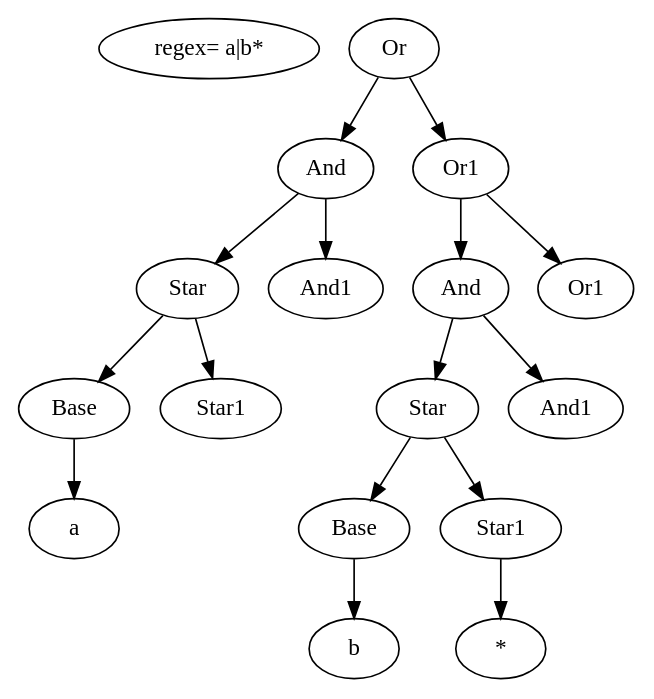
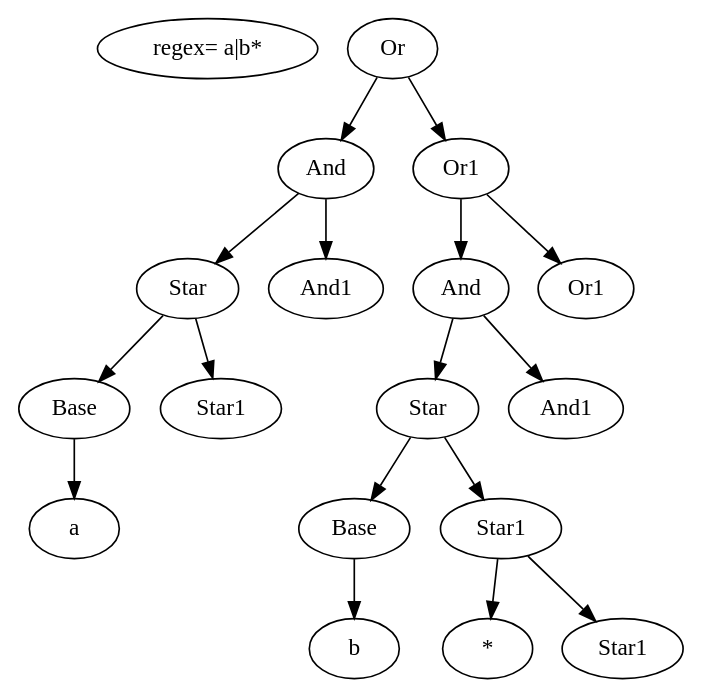
The diagram in parsing/recursive-parsing/dot/graph-3011971.gv (mokaruuns/education_itmo), drawn with Graphviz before and after one commit. The commit also changed 15 other files, not shown here.

```diff
--- a/parsing/recursive-parsing/dot/graph-3011971.gv
+++ b/parsing/recursive-parsing/dot/graph-3011971.gv
@@ -1,34 +1,36 @@
 digraph G {
 E [label="regex= a|b*"];
 0 [label="Or"];
 1 [label="And"];
 2 [label="Star"];
 3 [label="Base"];
 4 [label="a"];
 6 [label="Star1"];
 8 [label="And1"];
 10 [label="Or1"];
 11 [label="And"];
 12 [label="Star"];
 13 [label="Base"];
 14 [label="b"];
 16 [label="Star1"];
 17 [label="*"];
-19 [label="And1"];
-21 [label="Or1"];
+19 [label="Star1"];
+21 [label="And1"];
+23 [label="Or1"];
 0 -> 1;
 0 -> 10;
 1 -> 2;
 1 -> 8;
 2 -> 3;
 2 -> 6;
 3 -> 4;
-10 -> 21;
+10 -> 23;
 10 -> 11;
-11 -> 19;
+11 -> 21;
 11 -> 12;
 12 -> 16;
 12 -> 13;
 13 -> 14;
 16 -> 17;
+16 -> 19;
 }
```
